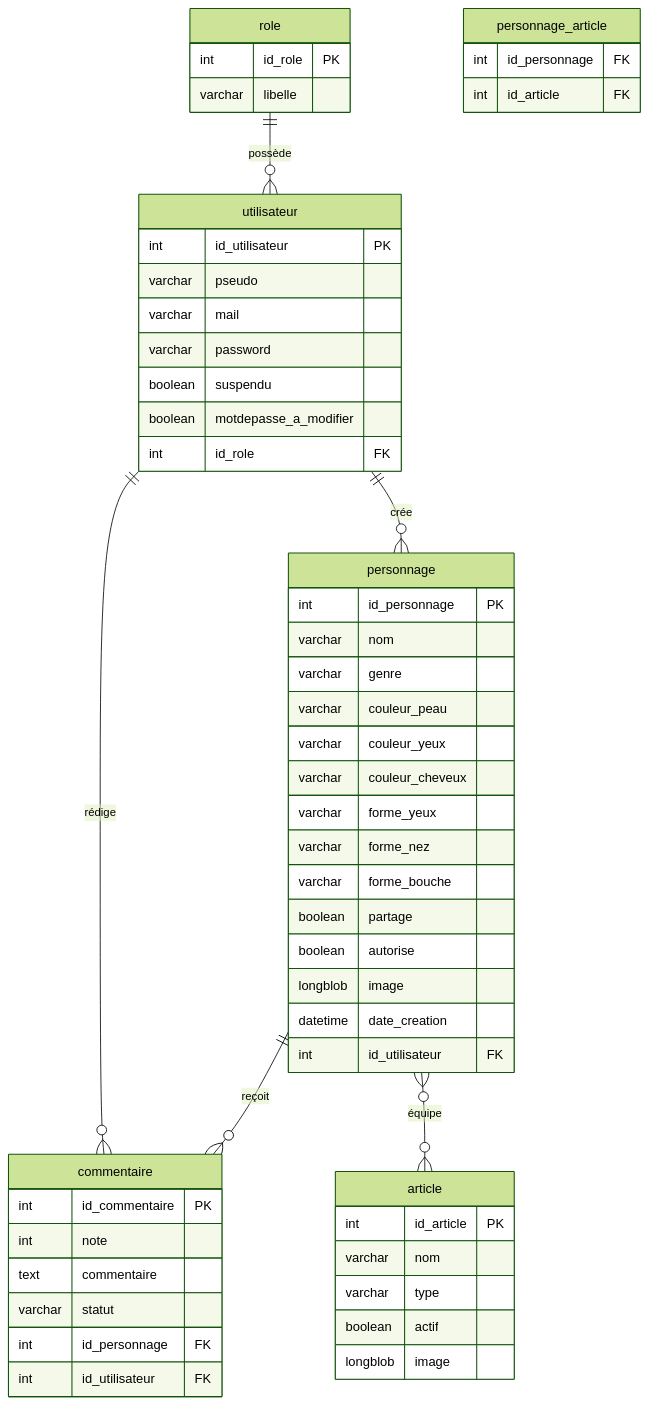
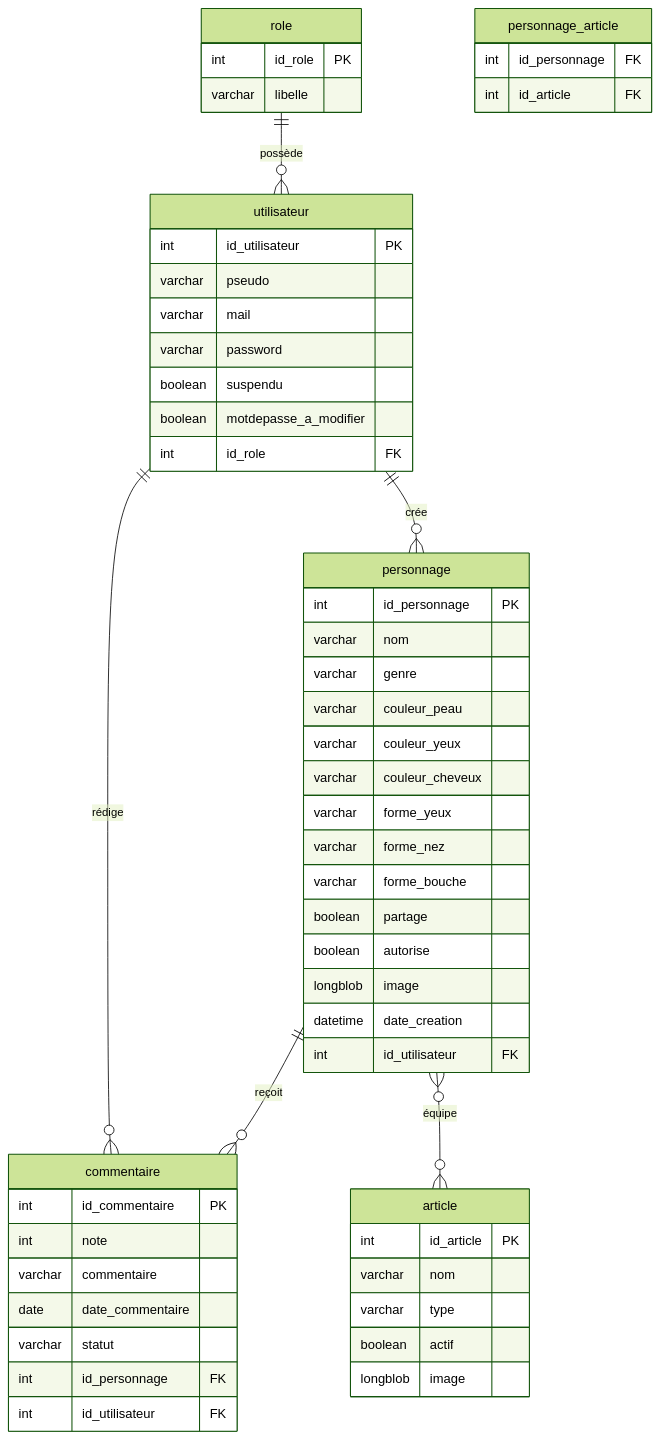
The first of 5 diagrams in docs/documentation-technique.md (StG3rm4in/fantasy_realm), drawn with Mermaid (forest theme) before and after one commit. The commit also changed other lines of this file, not shown here.

````diff
--- a/docs/documentation-technique.md
+++ b/docs/documentation-technique.md
@@ -94,62 +100,63 @@
 ```mermaid
 erDiagram
     role {
         int id_role PK
         varchar libelle
     }
 
     utilisateur {
         int id_utilisateur PK
         varchar pseudo
         varchar mail
         varchar password
         boolean suspendu
         boolean motdepasse_a_modifier
         int id_role FK
     }
 
     personnage {
         int id_personnage PK
         varchar nom
         varchar genre
         varchar couleur_peau
         varchar couleur_yeux
         varchar couleur_cheveux
         varchar forme_yeux
         varchar forme_nez
         varchar forme_bouche
         boolean partage
         boolean autorise
         longblob image
         datetime date_creation
         int id_utilisateur FK
     }
 
     commentaire {
         int id_commentaire PK
         int note
-        text commentaire
+        varchar commentaire
+        date date_commentaire
         varchar statut
         int id_personnage FK
         int id_utilisateur FK
     }
 
     article {
         int id_article PK
         varchar nom
         varchar type
         boolean actif
         longblob image
     }
 
     personnage_article {
         int id_personnage FK
         int id_article FK
     }
 
     role ||--o{ utilisateur : "possède"
     utilisateur ||--o{ personnage : "crée"
     personnage ||--o{ commentaire : "reçoit"
     utilisateur ||--o{ commentaire : "rédige"
     personnage }o--o{ article : "équipe"
 ```
````
